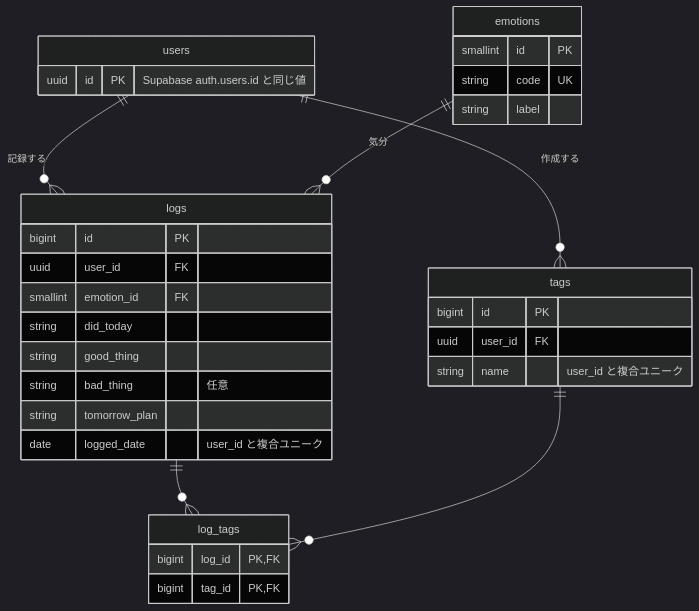
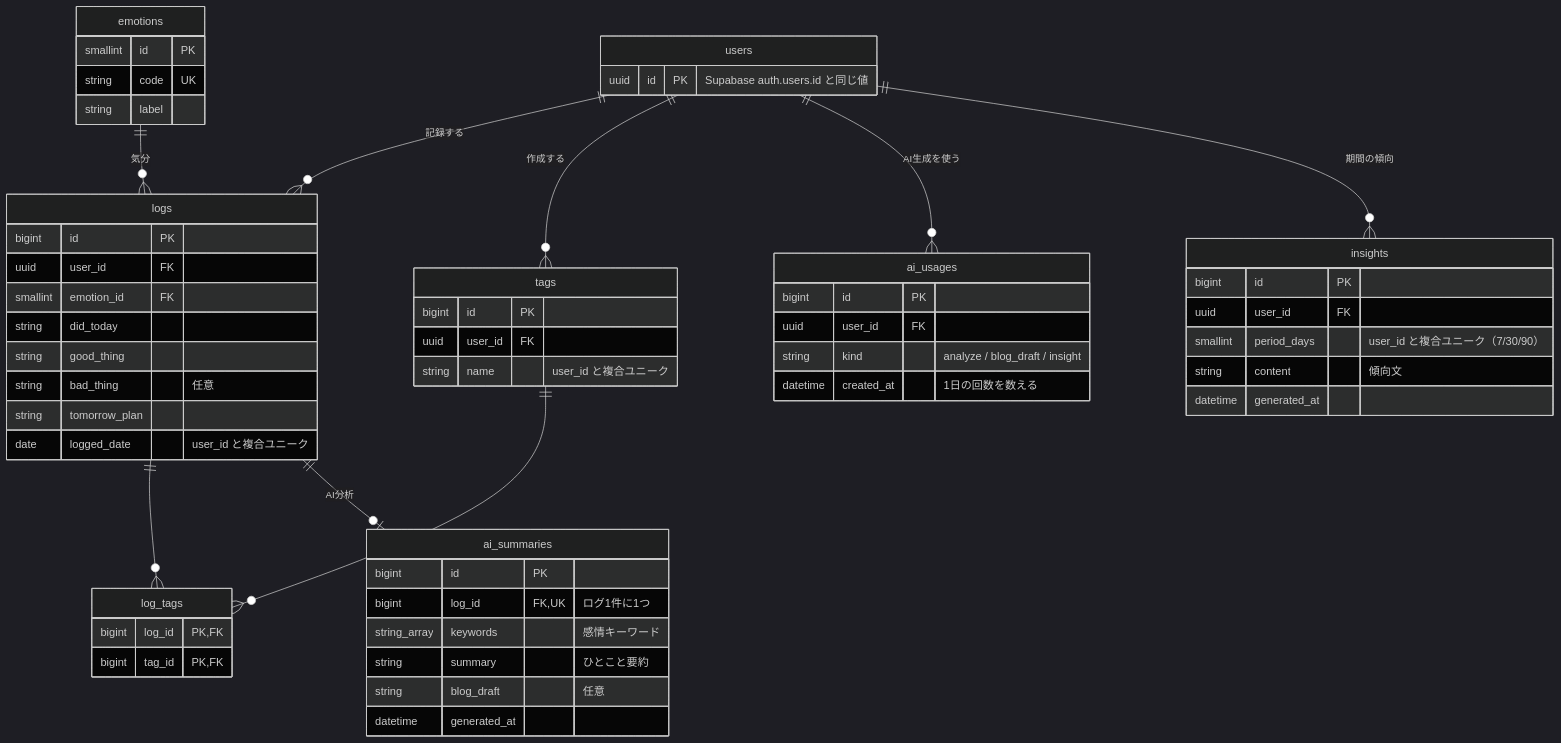
The diagram in README.md (Hero-cat-N/emolog), drawn with Mermaid (dark theme) before and after one commit. The commit also changed other lines of this file, not shown here.

Commit message:
docs: READMEにデモURL・AI機能・Gemini API・環境変数・ER図の追加分を反映する

````diff
--- a/README.md
+++ b/README.md
@@ -104,36 +127,60 @@
 ```mermaid
 erDiagram
     users ||--o{ logs : "記録する"
     users ||--o{ tags : "作成する"
+    users ||--o{ ai_usages : "AI生成を使う"
+    users ||--o{ insights : "期間の傾向"
     emotions ||--o{ logs : "気分"
     logs ||--o{ log_tags : ""
     tags ||--o{ log_tags : ""
+    logs ||--o| ai_summaries : "AI分析"
 
     users {
         uuid id PK "Supabase auth.users.id と同じ値"
     }
     emotions {
         smallint id PK
         string code UK
         string label
     }
     logs {
         bigint id PK
         uuid user_id FK
         smallint emotion_id FK
         string did_today
         string good_thing
         string bad_thing "任意"
         string tomorrow_plan
         date logged_date "user_id と複合ユニーク"
     }
     tags {
         bigint id PK
         uuid user_id FK
         string name "user_id と複合ユニーク"
     }
     log_tags {
         bigint log_id PK, FK
         bigint tag_id PK, FK
     }
+    ai_summaries {
+        bigint id PK
+        bigint log_id FK, UK "ログ1件に1つ"
+        string_array keywords "感情キーワード"
+        string summary "ひとこと要約"
+        string blog_draft "任意"
+        datetime generated_at
+    }
+    insights {
+        bigint id PK
+        uuid user_id FK
+        smallint period_days "user_id と複合ユニーク（7/30/90）"
+        string content "傾向文"
+        datetime generated_at
+    }
+    ai_usages {
+        bigint id PK
+        uuid user_id FK
+        string kind "analyze / blog_draft / insight"
+        datetime created_at "1日の回数を数える"
+    }
 ```
````
